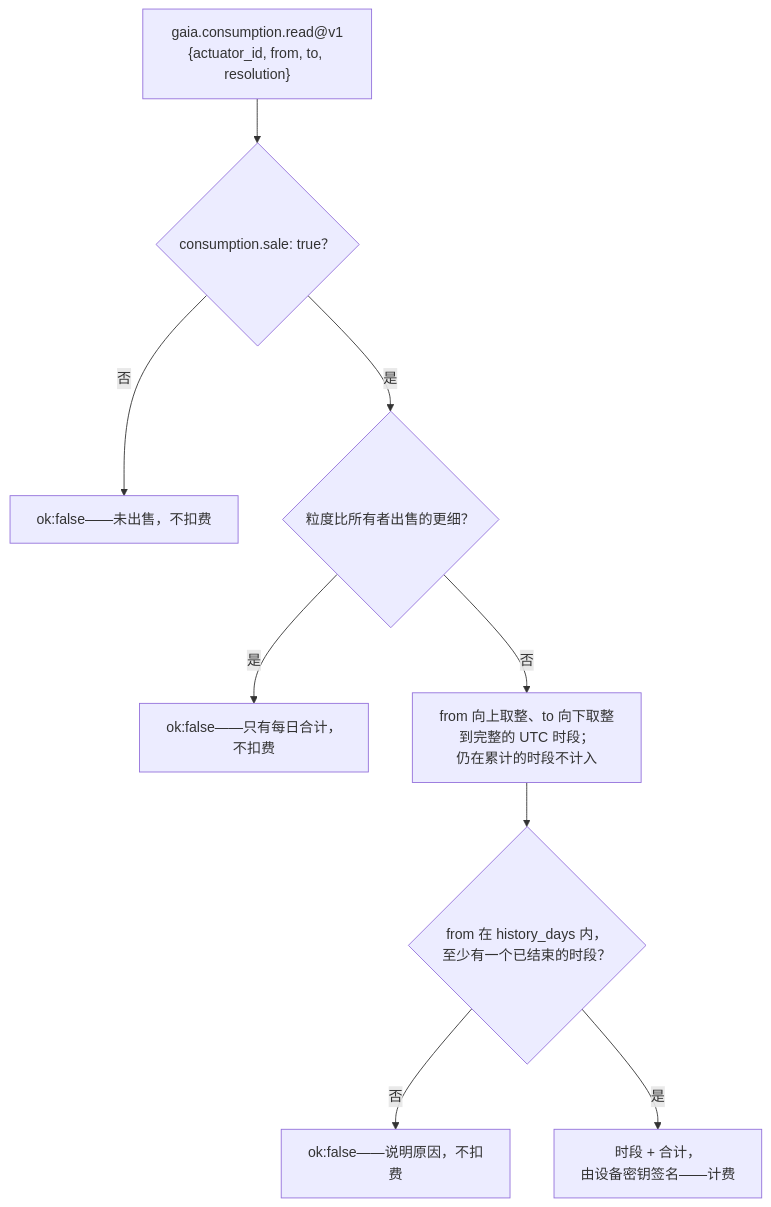
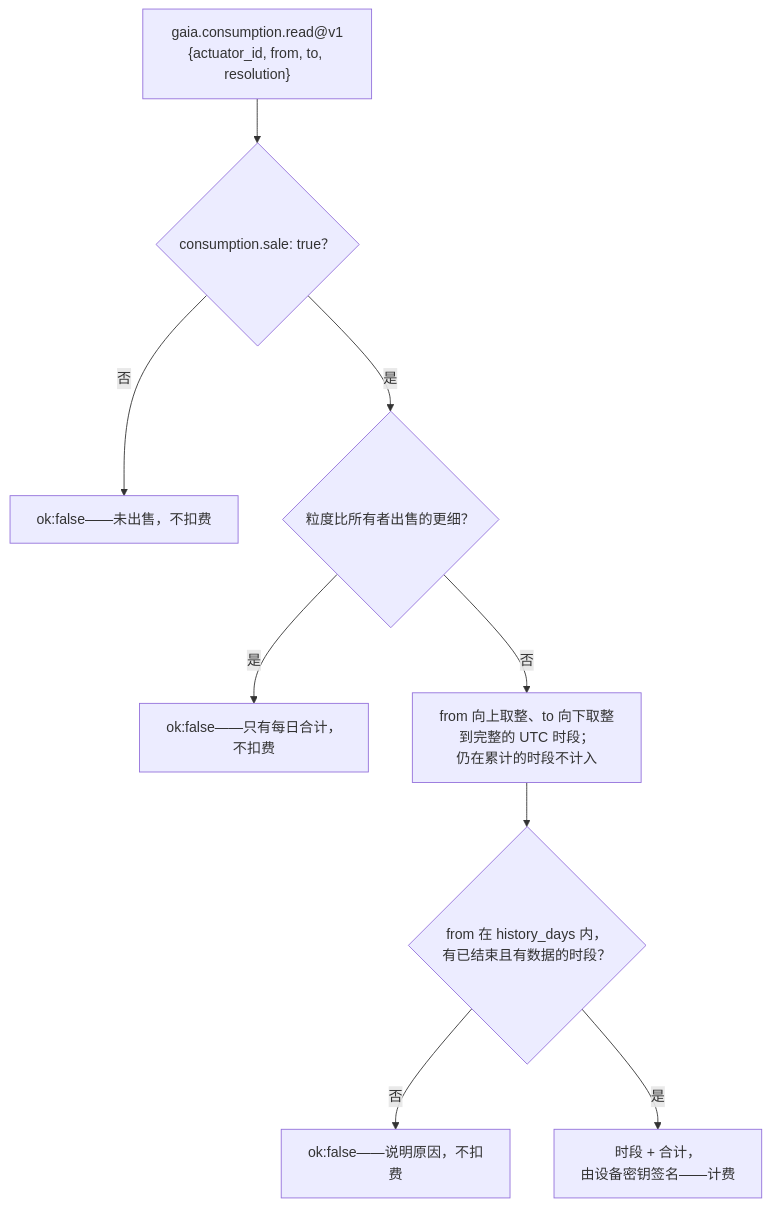
One commit to alexar76/gaia changed the eighth of 8 diagrams in docs/i18n/ACTUATION.zh.md. Above: the diagram before and after it, drawn with Mermaid. The commit also changed other lines of this file and 7 other files, not shown here.

````diff
--- a/docs/i18n/ACTUATION.zh.md
+++ b/docs/i18n/ACTUATION.zh.md
@@ -427,11 +427,11 @@
 ```mermaid
 flowchart TD
     Q["gaia.consumption.read@v1<br/>{actuator_id, from, to, resolution}"] --> A{"consumption.sale: true？"}
     A -- 否 --> X1["ok:false——未出售，不扣费"]
     A -- 是 --> B{"粒度比所有者出售的更细？"}
     B -- 是 --> X2["ok:false——只有每日合计，不扣费"]
     B -- 否 --> C["from 向上取整、to 向下取整到完整的 UTC 时段；<br/>仍在累计的时段不计入"]
-    C --> D{"from 在 history_days 内，<br/>至少有一个已结束的时段？"}
+    C --> D{"from 在 history_days 内，<br/>有已结束且有数据的时段？"}
     D -- 否 --> X3["ok:false——说明原因，不扣费"]
     D -- 是 --> E["时段 + 合计，<br/>由设备密钥签名——计费"]
 ```
````
